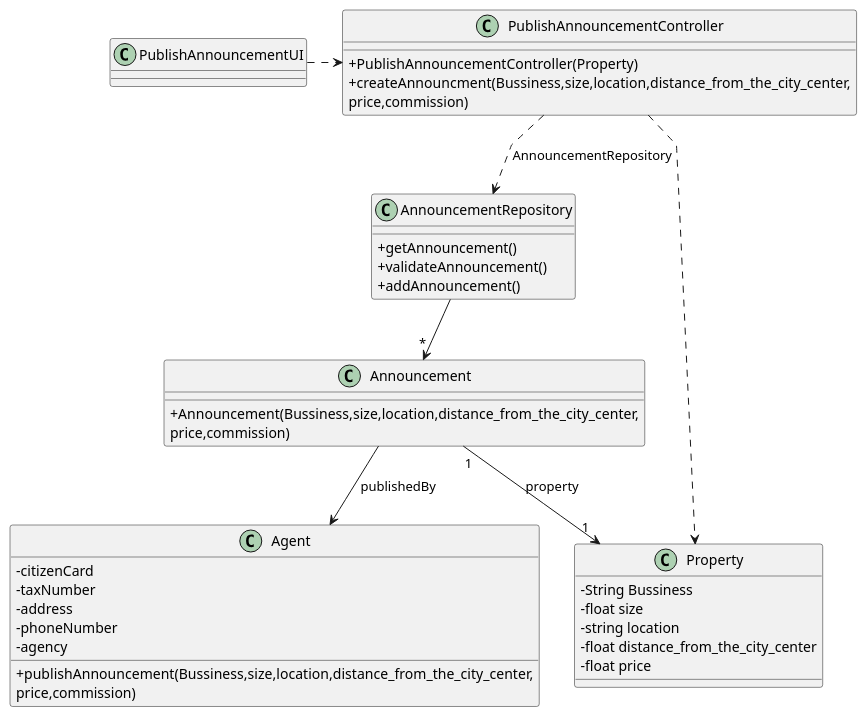
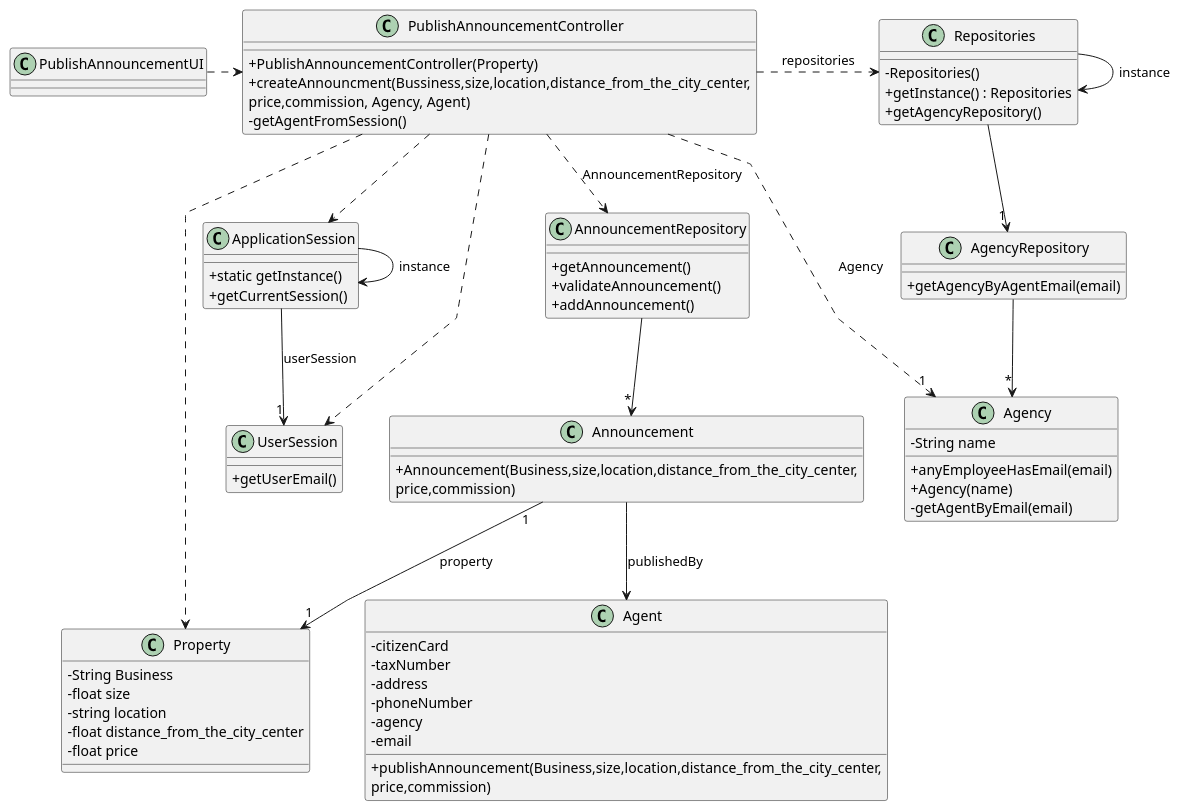
One commit to tiagohcorreia/LAPR2 changed the diagram in docs/sprintB/US002/03.design/puml/US2_CD.puml. Above: the diagram before and after it, drawn with PlantUML. The commit also changed 3 other files, not shown here.

```diff
--- a/docs/sprintB/US002/03.design/puml/US2_CD.puml
+++ b/docs/sprintB/US002/03.design/puml/US2_CD.puml
@@ -1,68 +1,108 @@
 @startuml
 'skinparam monochrome true
 skinparam packageStyle rectangle
 skinparam shadowing false
 skinparam linetype polyline
 'skinparam linetype orto
 
 skinparam classAttributeIconSize 0
 
 'left to right direction
 
 class PublishAnnouncementUI{
 }
 
 class PublishAnnouncementController {
     + PublishAnnouncementController(Property)
-    + createAnnouncment(Bussiness,size,location,distance_from_the_city_center,\nprice,commission)
+    + createAnnouncment(Bussiness,size,location,distance_from_the_city_center,\nprice,commission, Agency, Agent)
+    - getAgentFromSession()
 
 }
 
+class ApplicationSession
+{
+    + static getInstance()
+    + getCurrentSession()
+}
+
+class UserSession
+{
+    + getUserEmail()
+}
 
 
+class AgencyRepository {
+    + getAgencyByAgentEmail(email)
+}
+
+class Agency {
+    - String name
+    + anyEmployeeHasEmail(email)
+    + Agency(name)
+    - getAgentByEmail(email)
+}
+
+class Repositories {
+    - Repositories()
+    + getInstance() : Repositories
+    + getAgencyRepository()
+}
 
 class AnnouncementRepository{
     +getAnnouncement()
     +validateAnnouncement()
     +addAnnouncement()
 }
 
 class Announcement{
-    + Announcement(Bussiness,size,location,distance_from_the_city_center,\nprice,commission)
+    + Announcement(Business,size,location,distance_from_the_city_center,\nprice,commission)
 
 }
 
 class Property{
-  -String Bussiness
+  -String Business
   -float size
   -string location
   -float distance_from_the_city_center
   -float price
 }
 
 
 
 class Agent {
     -citizenCard
     -taxNumber
     -address
     -phoneNumber
     -agency
-    +publishAnnouncement(Bussiness,size,location,distance_from_the_city_center,\nprice,commission)
+    -email
+    +publishAnnouncement(Business,size,location,distance_from_the_city_center,\nprice,commission)
 }
 
 
 
+Repositories -> Repositories : instance
+ApplicationSession -> ApplicationSession : instance
+PublishAnnouncementController .> Repositories : repositories
+
+Repositories --> "1" AgencyRepository
+
+AgencyRepository --> "*" Agency
+ApplicationSession --> "1" UserSession : userSession
+
+PublishAnnouncementController ..> "1" Agency : Agency
+PublishAnnouncementController ..> ApplicationSession
+PublishAnnouncementController ..> UserSession
 
 PublishAnnouncementUI .> PublishAnnouncementController
 
 PublishAnnouncementController ..> Property
 
 PublishAnnouncementController ..> AnnouncementRepository : AnnouncementRepository
 
 AnnouncementRepository --> "*" Announcement
 
 Announcement "1" --> "1" Property: property
 
 Announcement --> Agent : publishedBy
 @enduml
```
